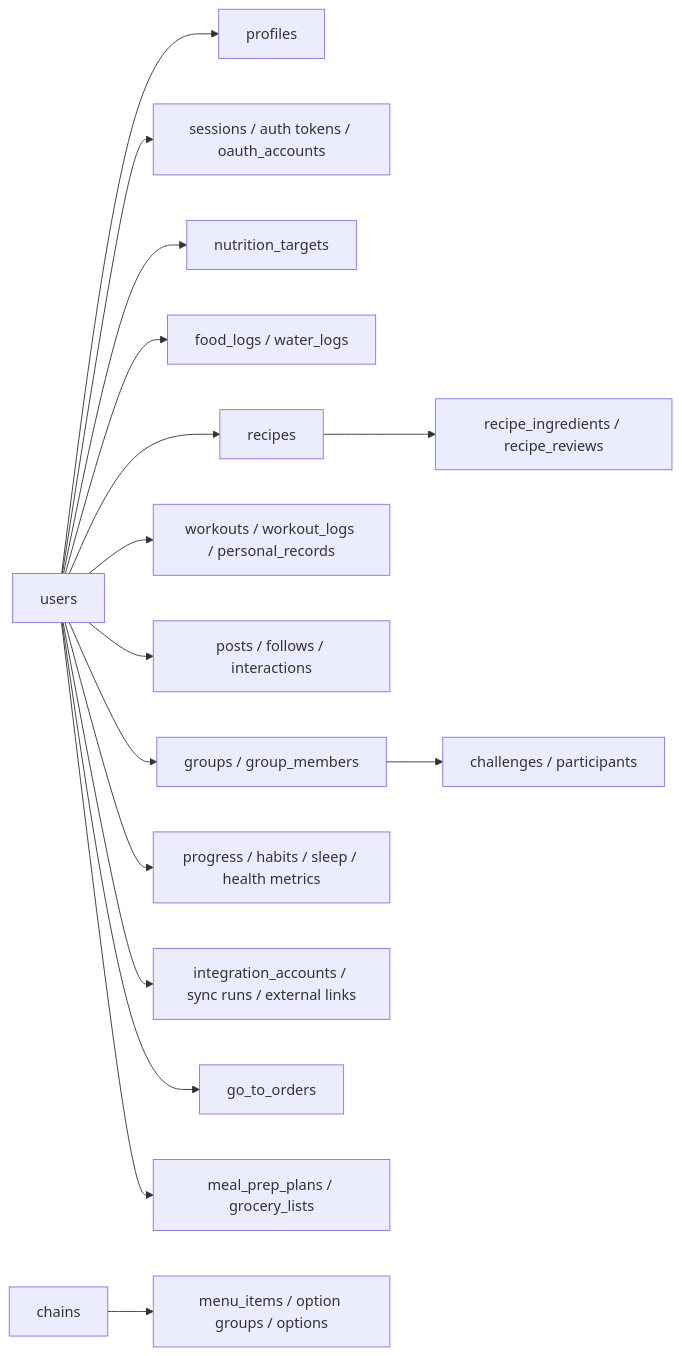
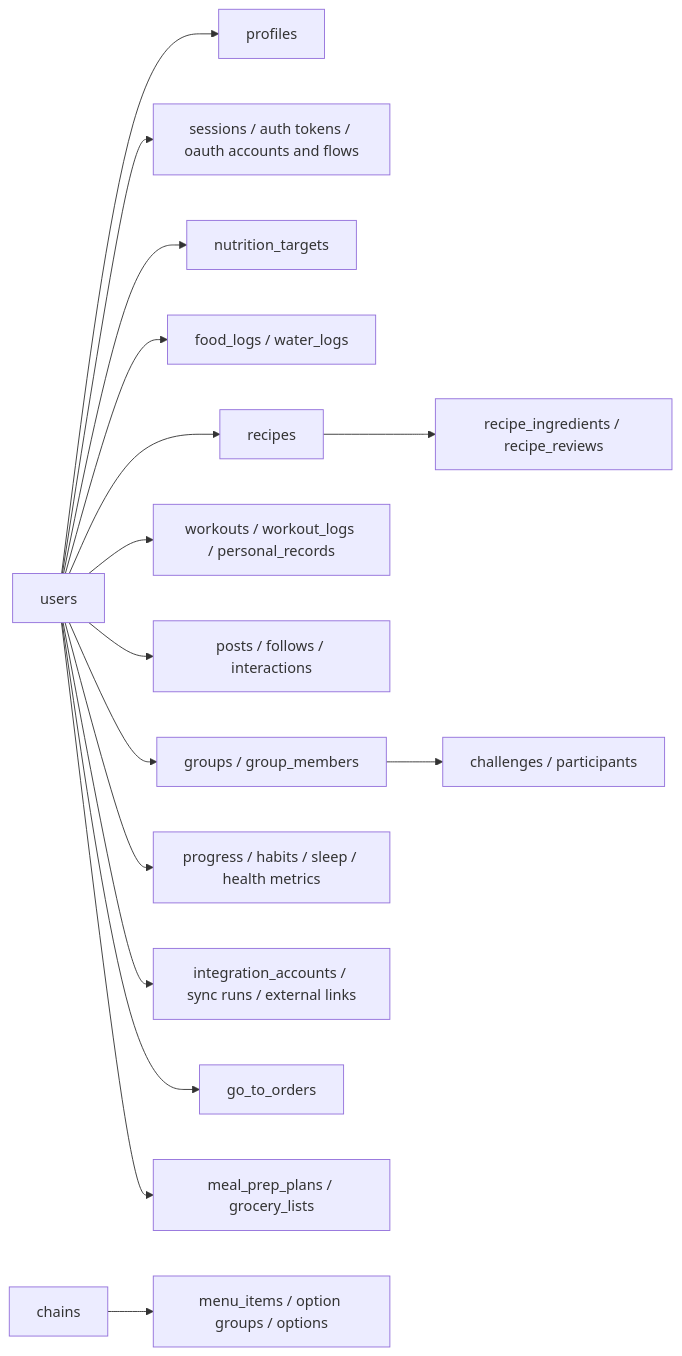
Before and after one commit to zja1999/Macro-Map-3.0: the diagram in docs/data-model.md, drawn with Mermaid. The commit also changed other lines of this file and 43 other files, not shown here.

Commit message:
Refine nutrition and community flows across the app

````diff
--- a/docs/data-model.md
+++ b/docs/data-model.md
@@ -7,18 +7,18 @@
 ```mermaid
 flowchart LR
     U["users"] --> P["profiles"]
-    U --> S["sessions / auth tokens / oauth_accounts"]
+    U --> S["sessions / auth tokens / oauth accounts and flows"]
     U --> T["nutrition_targets"]
     U --> L["food_logs / water_logs"]
     U --> R["recipes"]
     R --> RI["recipe_ingredients / recipe_reviews"]
     U --> W["workouts / workout_logs / personal_records"]
     U --> SO["posts / follows / interactions"]
     U --> G["groups / group_members"]
     G --> C["challenges / participants"]
     U --> H["progress / habits / sleep / health metrics"]
     U --> IA["integration_accounts / sync runs / external links"]
     CH["chains"] --> MI["menu_items / option groups / options"]
     U --> GO["go_to_orders"]
     U --> MP["meal_prep_plans / grocery_lists"]
 ```
````
